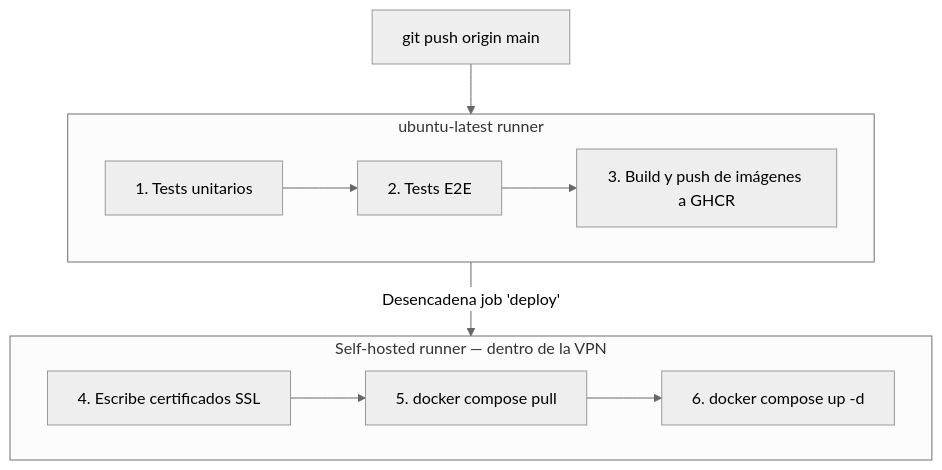
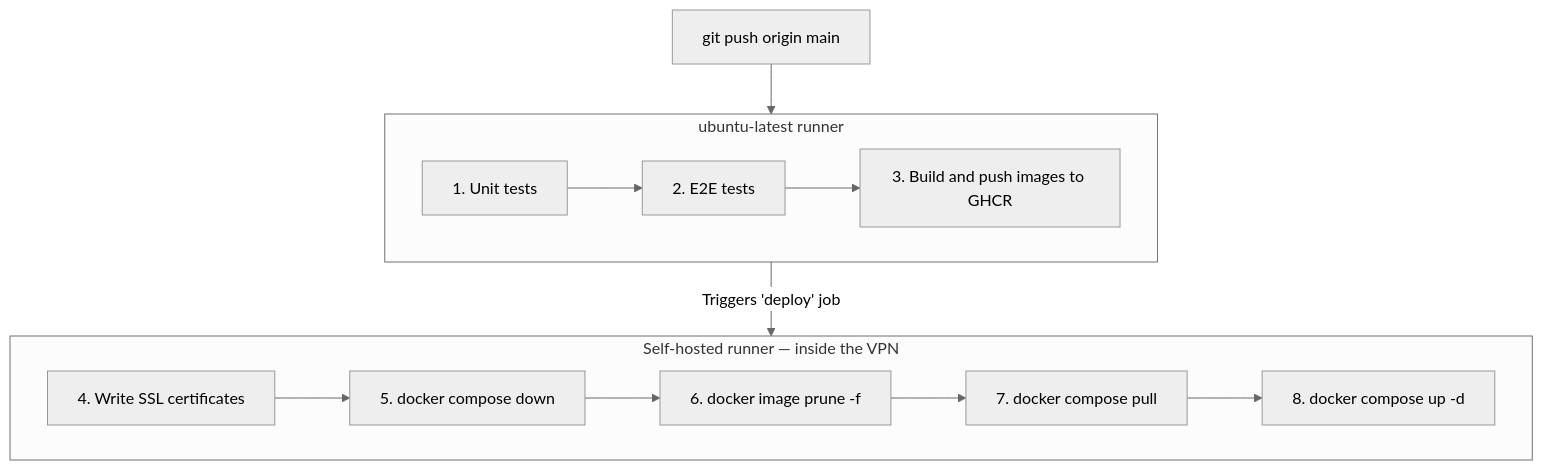
The second of 2 diagrams in docs/manual_instalacion.md (Murias10/TeachingPlanner), drawn with Mermaid (neutral theme) before and after one commit. The commit also changed other lines of this file and 3 other files, not shown here.

````diff
--- a/docs/manual_instalacion.md
+++ b/docs/manual_instalacion.md
@@ -441,22 +444,24 @@
 ```mermaid
 flowchart TD
     Push["git push origin main"]
 
     Push --> StdRunner
 
     subgraph StdRunner["ubuntu-latest runner"]
-        T1["1. Tests unitarios"]
-        T2["2. Tests E2E"]
-        T3["3. Build y push de imágenes a GHCR"]
+        T1["1. Unit tests"]
+        T2["2. E2E tests"]
+        T3["3. Build and push images to GHCR"]
         T1 --> T2 --> T3
     end
 
-    StdRunner -->|"Desencadena job 'deploy'"| SelfRunner
+    StdRunner -->|"Triggers 'deploy' job"| SelfRunner
 
-    subgraph SelfRunner["Self-hosted runner — dentro de la VPN"]
-        D1["4. Escribe certificados SSL"]
-        D2["5. docker compose pull"]
-        D3["6. docker compose up -d"]
-        D1 --> D2 --> D3
+    subgraph SelfRunner["Self-hosted runner — inside the VPN"]
+        D1["4. Write SSL certificates"]
+        D2["5. docker compose down"]
+        D3["6. docker image prune -f"]
+        D4["7. docker compose pull"]
+        D5["8. docker compose up -d"]
+        D1 --> D2 --> D3 --> D4 --> D5
     end
 ```
````
